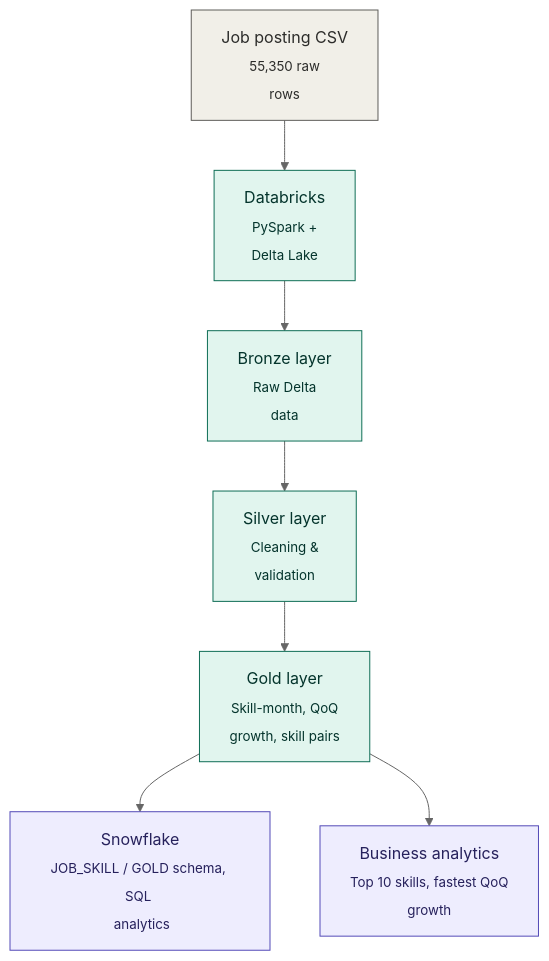
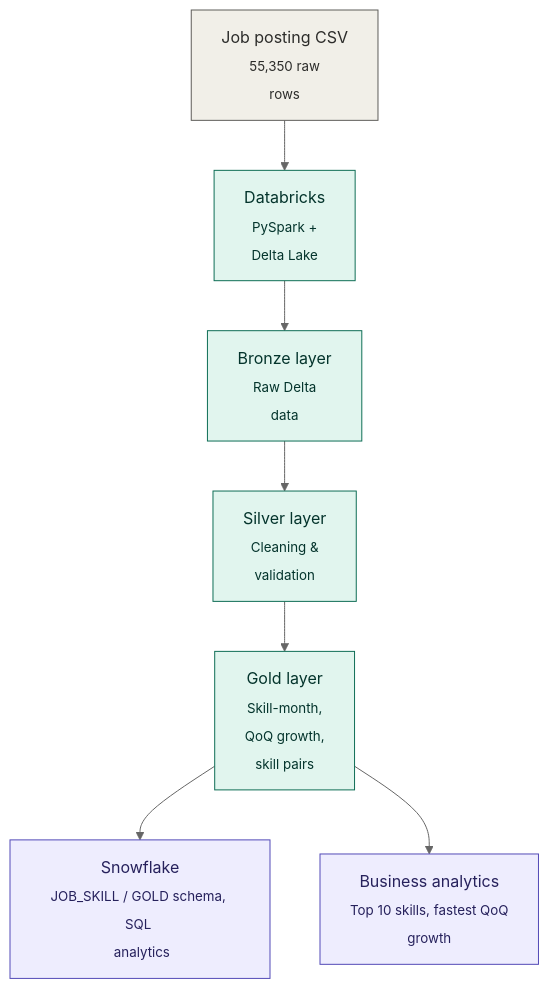
One commit to AnannyaDash7/SkillDemand360 changed the diagram in architecture.md. Above: the diagram before and after it, drawn with Mermaid (neutral theme).

Commit message:
architecture.md

````diff
--- a/architecture.md
+++ b/architecture.md
@@ -3,17 +3,17 @@
 ```mermaid 
 flowchart TD
     A["Job posting CSV<br/><sub>55,350 raw <br> rows</sub>"] --> B["Databricks<br/><sub>PySpark +<br> Delta Lake</sub>"]
     B --> C["Bronze layer<br/><sub>Raw Delta <br>data</sub>"]
     C --> D["Silver layer<br/><sub>Cleaning & <br>validation</sub>"]
-    D --> E["Gold layer<br/><sub>Skill-month, QoQ <br> growth, skill pairs</sub>"]
+    D --> E["Gold layer<br/><sub>Skill-month,<br>  QoQ growth, <br> skill pairs</sub>"]
     E --> F["Snowflake<br/><sub>JOB_SKILL / GOLD schema, SQL <br> analytics</sub>"]
     E --> G["Business analytics<br/><sub>Top 10 skills, fastest QoQ <br>growth</sub>"]
 
     classDef source fill:#F1EFE8,stroke:#5F5E5A,color:#2C2C2A;
     classDef pipeline fill:#E1F5EE,stroke:#0F6E56,color:#04342C;
     classDef output fill:#EEEDFE,stroke:#534AB7,color:#26215C;
 
     class A source;
     class B,C,D,E pipeline;
     class F,G output;
 ```
````
